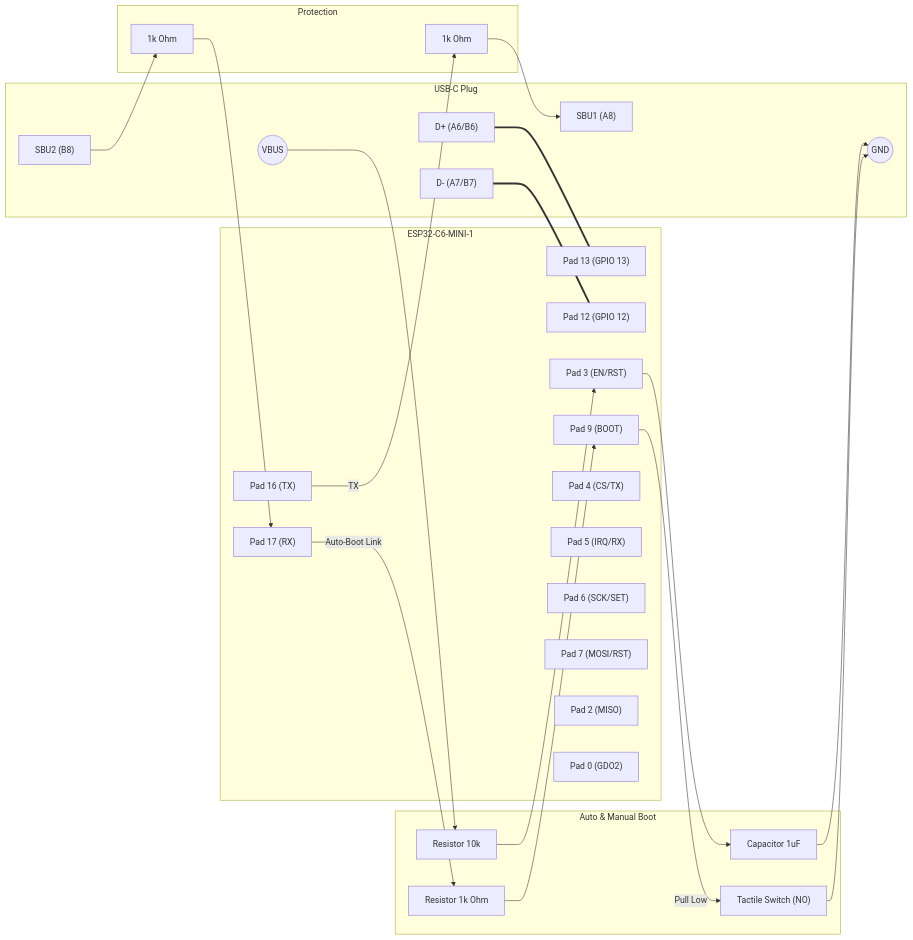
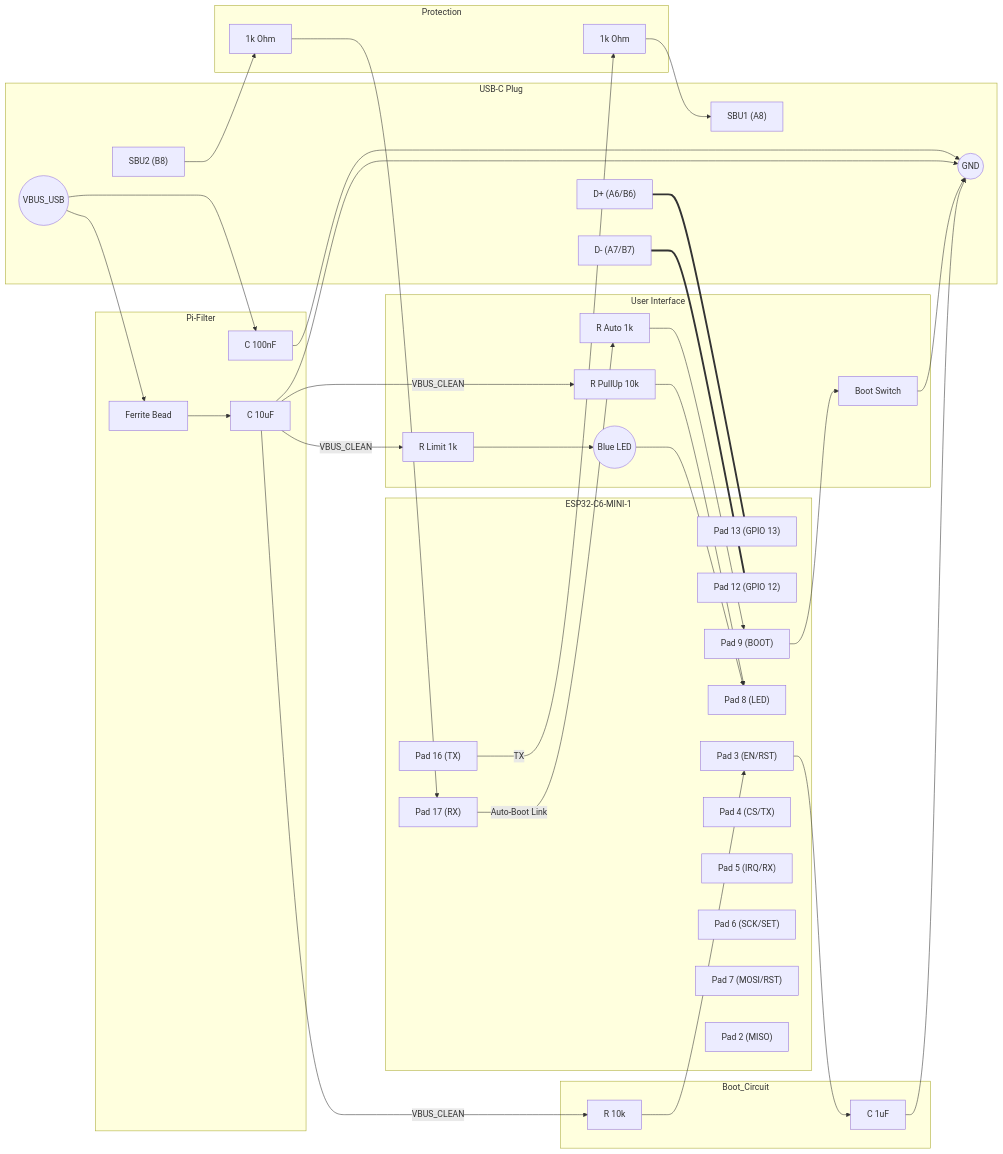
Before and after one commit to tostmann/bw-sbu-bridge: the diagram in spec_c6_mini_stick.md, drawn with Mermaid. The commit also changed other lines of this file, not shown here.

````diff
--- a/spec_c6_mini_stick.md
+++ b/spec_c6_mini_stick.md
@@ -56,51 +70,69 @@
 ```mermaid
 graph LR
     subgraph Connector [USB-C Plug]
         USB_DP["D+ (A6/B6)"]
         USB_DM["D- (A7/B7)"]
         SBU_TX_Pin["SBU1 (A8)"]
         SBU_RX_Pin["SBU2 (B8)"]
-        VBUS((VBUS))
+        VBUS((VBUS_USB))
         GND((GND))
+    end
+
+    subgraph Power_Filter [Pi-Filter]
+        C_IN["C 100nF"]
+        L_FB["Ferrite Bead"]
+        C_BULK["C 10uF"]
     end
 
     subgraph Module [ESP32-C6-MINI-1]
         P13["Pad 13 (GPIO 13)"]
         P12["Pad 12 (GPIO 12)"]
         P16["Pad 16 (TX)"]
         P17["Pad 17 (RX)"]
         P09["Pad 9 (BOOT)"]
+        P08["Pad 8 (LED)"]
         EN["Pad 3 (EN/RST)"]
+        
         P04["Pad 4 (CS/TX)"]
         P05["Pad 5 (IRQ/RX)"]
         P06["Pad 6 (SCK/SET)"]
         P07["Pad 7 (MOSI/RST)"]
         P02["Pad 2 (MISO)"]
-        P00["Pad 0 (GDO2)"]
     end
 
-    subgraph Boot_Logic [Auto & Manual Boot]
-        BTN["Tactile Switch (NO)"]
-        R_AUTO["Resistor 1k Ohm"]
-        RC_R["Resistor 10k"]
-        RC_C["Capacitor 1uF"]
+    subgraph UI [User Interface]
+        LED((Blue LED))
+        R_LED["R Limit 1k"]
+        R_PU["R PullUp 10k"]
+        BTN["Boot Switch"]
+        R_AUTO["R Auto 1k"]
+    end
+
+    subgraph Boot_Circuit
+        RC_R["R 10k"]
+        RC_C["C 1uF"]
     end
 
     subgraph Protection
         R1["1k Ohm"]
         R2["1k Ohm"]
     end
 
+    VBUS --> C_IN --> GND
+    VBUS --> L_FB --> C_BULK --> GND
+    C_BULK -- "VBUS_CLEAN" --> R_PU --> P08
+    C_BULK -- "VBUS_CLEAN" --> R_LED --> LED --> P08
+    C_BULK -- "VBUS_CLEAN" --> RC_R
+
     USB_DP === P13
     USB_DM === P12
 
     P16 -- "TX" --> R1 --> SBU_TX_Pin
     SBU_RX_Pin --> R2 --> P17
-
     P17 -- "Auto-Boot Link" --> R_AUTO --> P09
 
-    P09 -- "Pull Low" --> BTN --> GND
+    P09 --> BTN --> GND
     
-    VBUS --> RC_R --> EN
+    RC_R --> EN
     EN --> RC_C --> GND
 ```
````
